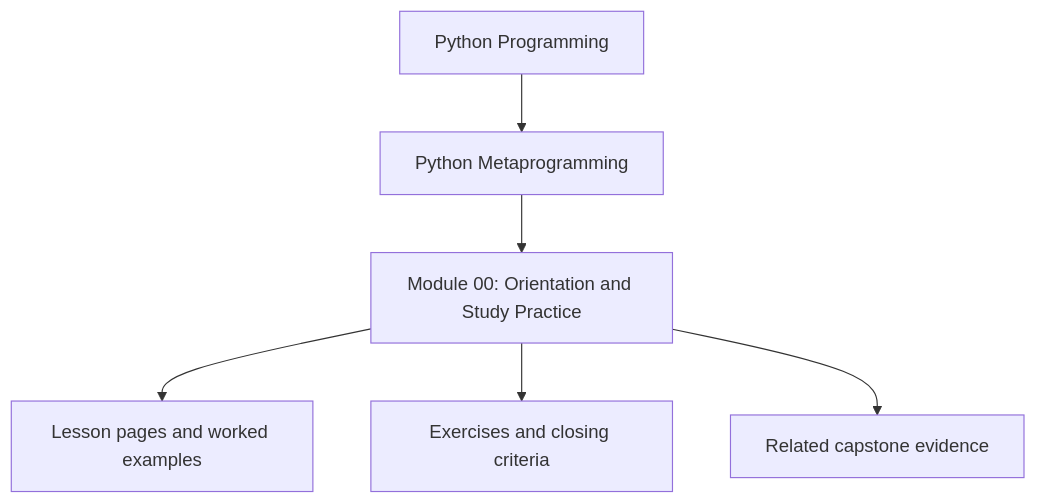
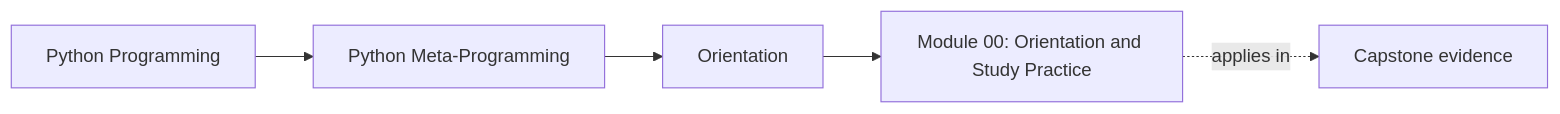
The first of 2 diagrams in programs/python-programming/python-meta-programming/course-book/module-00-orientation/index.md (bijux/bijux-masterclass), drawn with Mermaid before and after one commit. The commit also changed other lines of this file and 55 other files, not shown here.

Commit message:
docs(python-meta-programming): map runtime foundations and inspection routes

````diff
--- a/programs/python-programming/python-meta-programming/course-book/module-00-orientation/index.md
+++ b/programs/python-programming/python-meta-programming/course-book/module-00-orientation/index.md
@@ -7,8 +7,11 @@
 ```mermaid
-flowchart TD
-  family["Python Programming"] --> program["Python Metaprogramming"]
-  program --> module["Module 00: Orientation and Study Practice"]
-  module --> lessons["Lesson pages and worked examples"]
-  module --> checkpoints["Exercises and closing criteria"]
-  module --> capstone["Related capstone evidence"]
+graph LR
+  family["Python Programming"]
+  program["Python Meta-Programming"]
+  section["Orientation"]
+  page["Module 00: Orientation and Study Practice"]
+  capstone["Capstone evidence"]
+
+  family --> program --> section --> page
+  page -.applies in.-> capstone
 ```
````
